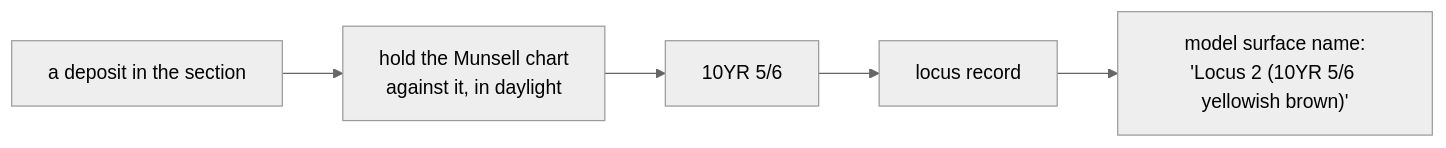
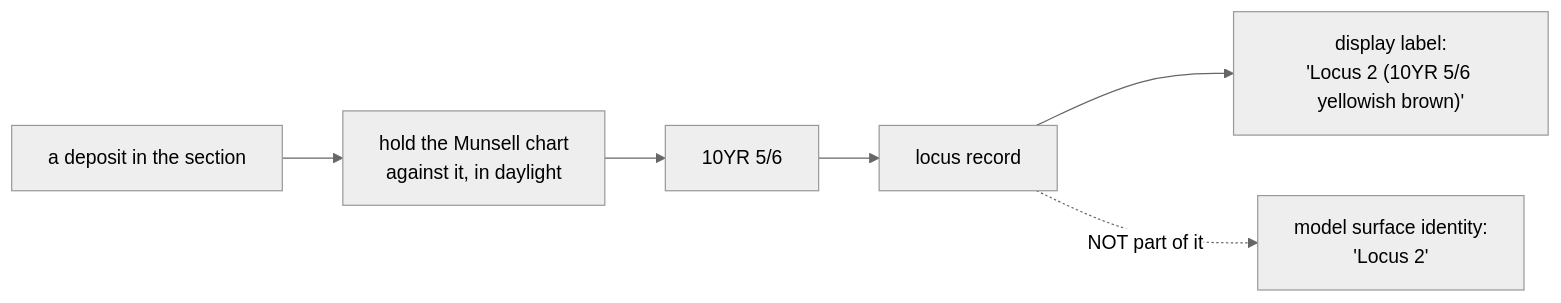
The diagram in docs/archaeology/munsell-colour.md (jennarbates/StratigraphyGenerator), drawn with Mermaid (neutral theme) before and after one commit. The commit also changed other lines of this file and 65 other files, not shown here.

````diff
--- a/docs/archaeology/munsell-colour.md
+++ b/docs/archaeology/munsell-colour.md
@@ -42,7 +43,8 @@
 ```mermaid
 flowchart LR
   S["a deposit in the section"] --> C["hold the Munsell chart<br/>against it, in daylight"]
   C --> R["10YR 5/6"]
   R --> L["locus record"]
-  L --> N["model surface name:<br/>'Locus 2 (10YR 5/6 yellowish brown)'"]
+  L --> N["display label:<br/>'Locus 2 (10YR 5/6 yellowish brown)'"]
+  L -.->|"NOT part of it"| I["model surface identity:<br/>'Locus 2'"]
 ```
````
